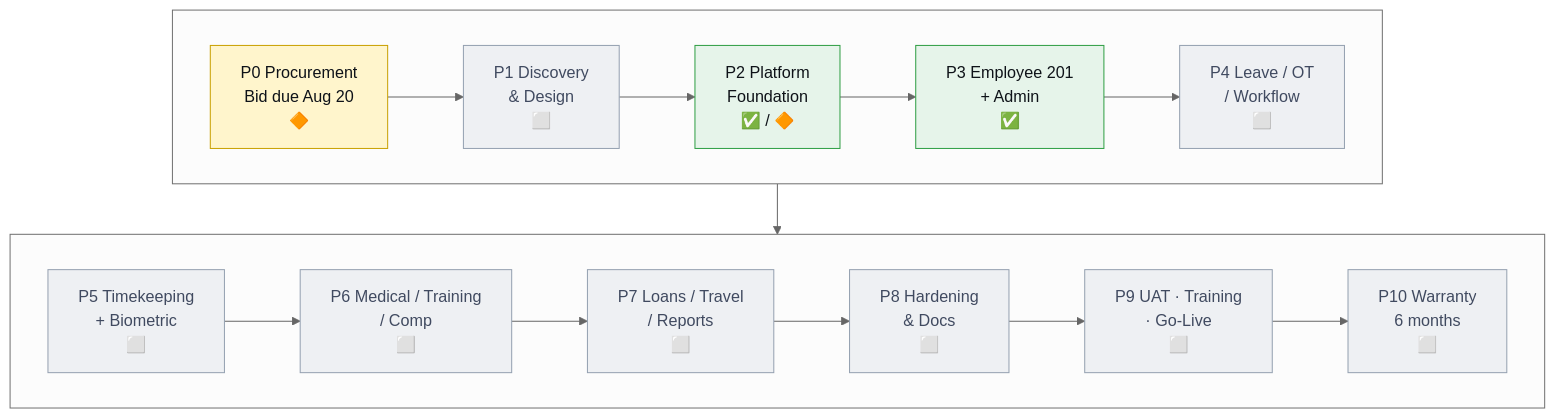
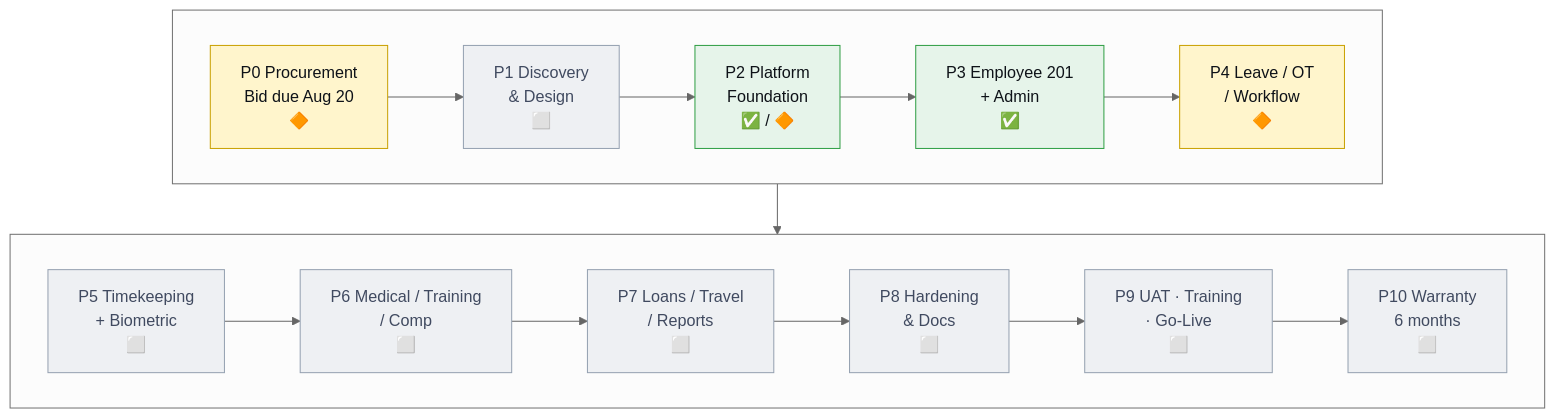
Before and after one commit to landogz/PCSPC: the first of 4 diagrams in docs/PROJECT_PLAN.md, drawn with Mermaid (neutral theme). The commit also changed other lines of this file and 78 other files, not shown here.

First line of the commit message:
feat: ship P4 leave, OT, and multi-level workflow approvals

````diff
--- a/docs/PROJECT_PLAN.md
+++ b/docs/PROJECT_PLAN.md
@@ -37,26 +38,26 @@
 ```mermaid
 flowchart TB
   subgraph R1[" "]
     direction LR
     P0["P0 Procurement<br/>Bid due Aug 20<br/>🔶"] --> P1["P1 Discovery<br/>& Design<br/>⬜"]
     P1 --> P2["P2 Platform<br/>Foundation<br/>✅ / 🔶"]
     P2 --> P3["P3 Employee 201<br/>+ Admin<br/>✅"]
-    P3 --> P4["P4 Leave / OT<br/>/ Workflow<br/>⬜"]
+    P3 --> P4["P4 Leave / OT<br/>/ Workflow<br/>🔶"]
   end
   subgraph R2[" "]
     direction LR
     P5["P5 Timekeeping<br/>+ Biometric<br/>⬜"] --> P6["P6 Medical / Training<br/>/ Comp<br/>⬜"]
     P6 --> P7["P7 Loans / Travel<br/>/ Reports<br/>⬜"]
     P7 --> P8["P8 Hardening<br/>& Docs<br/>⬜"]
     P8 --> P9["P9 UAT · Training<br/>· Go-Live<br/>⬜"]
     P9 --> P10["P10 Warranty<br/>6 months<br/>⬜"]
   end
   R1 --> R2
 
   classDef done fill:#e6f4ea,stroke:#2f9e44,color:#0e1218
   classDef partial fill:#fff5cc,stroke:#c9a000,color:#0e1218
   classDef todo fill:#eef0f3,stroke:#94a0b0,color:#404a60
   class P2,P3 done
-  class P0 partial
-  class P1,P4,P5,P6,P7,P8,P9,P10 todo
+  class P0,P4 partial
+  class P1,P5,P6,P7,P8,P9,P10 todo
 ```
````
